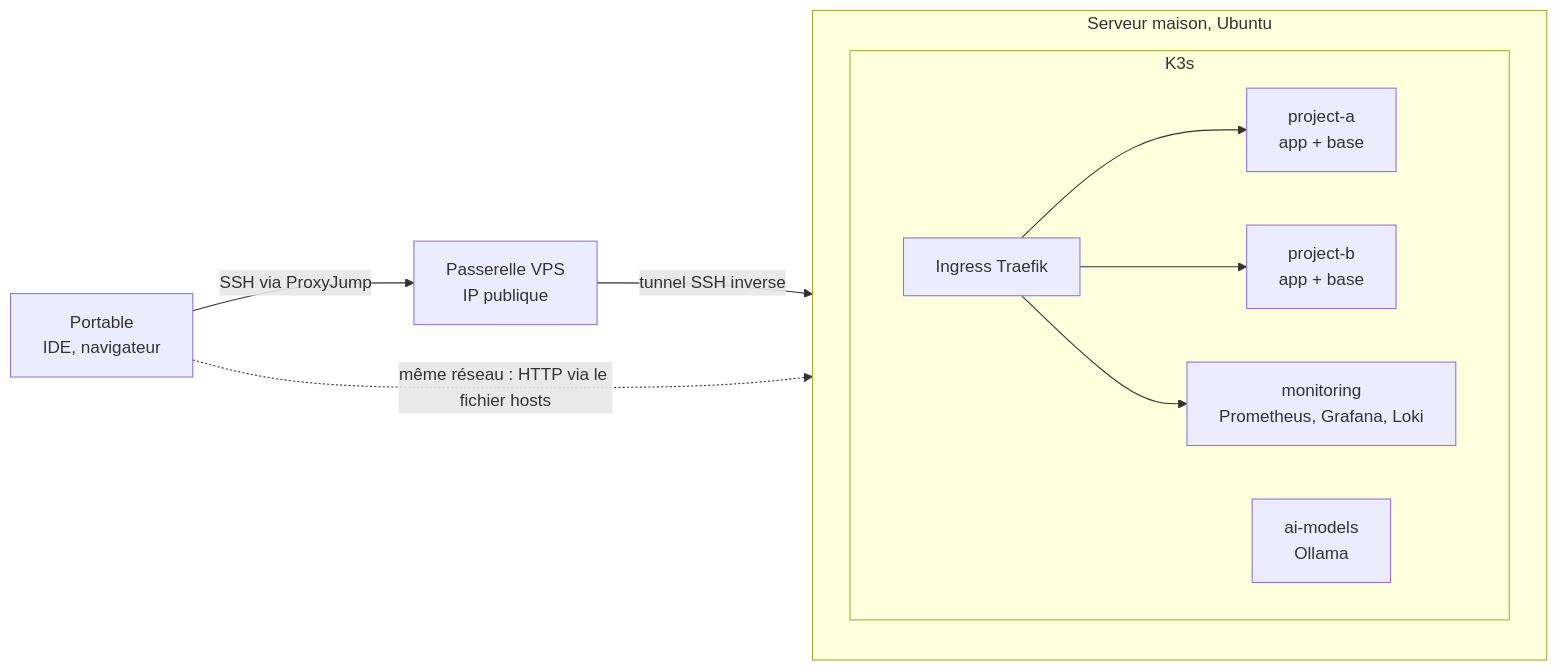
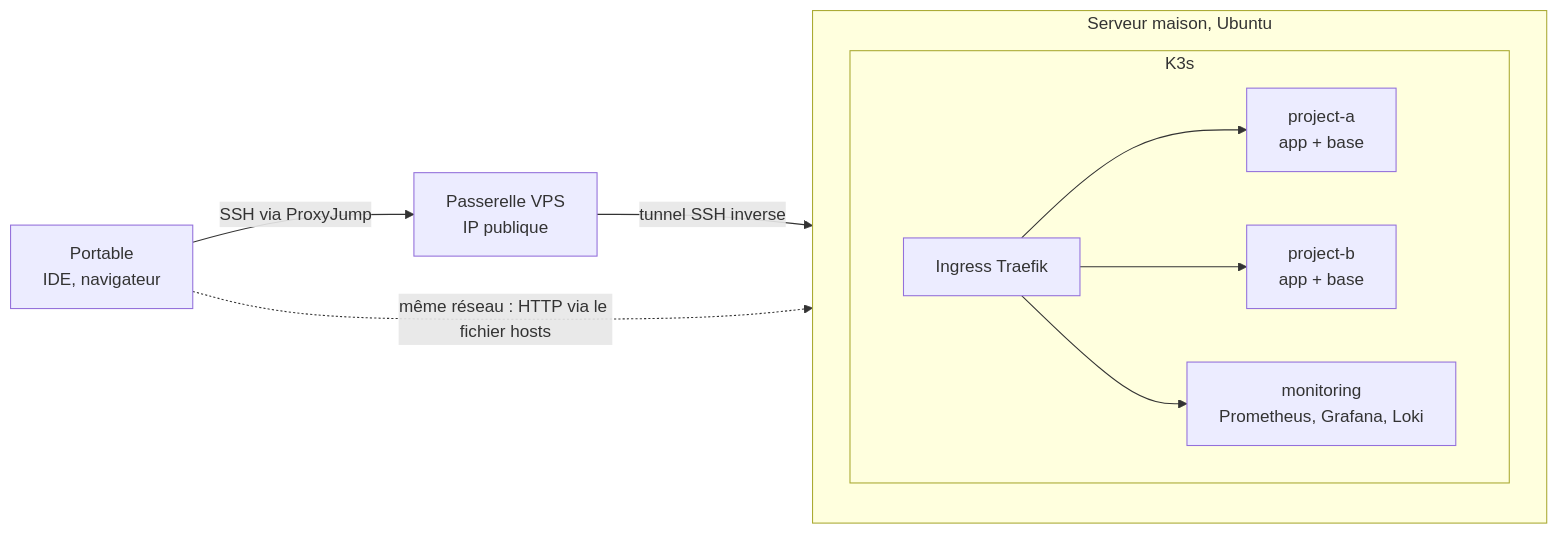
One commit to spalahx/k3s-devops-lab changed the diagram in README.fr.md. Above: the diagram before and after it, drawn with Mermaid. The commit also changed other lines of this file and 10 other files, not shown here.

````diff
--- a/README.fr.md
+++ b/README.fr.md
@@ -19,15 +19,14 @@
 ```mermaid
 flowchart LR
     L["Portable<br/>IDE, navigateur"] -- "SSH via ProxyJump" --> V["Passerelle VPS<br/>IP publique"]
     V -- "tunnel SSH inverse" --> S
     L -. "même réseau : HTTP via le fichier hosts" .-> S
     subgraph S["Serveur maison, Ubuntu"]
         subgraph K["K3s"]
             I["Ingress Traefik"]
             I --> A["project-a<br/>app + base"]
             I --> B["project-b<br/>app + base"]
             I --> M["monitoring<br/>Prometheus, Grafana, Loki"]
-            O["ai-models<br/>Ollama"]
         end
     end
 ```
````
